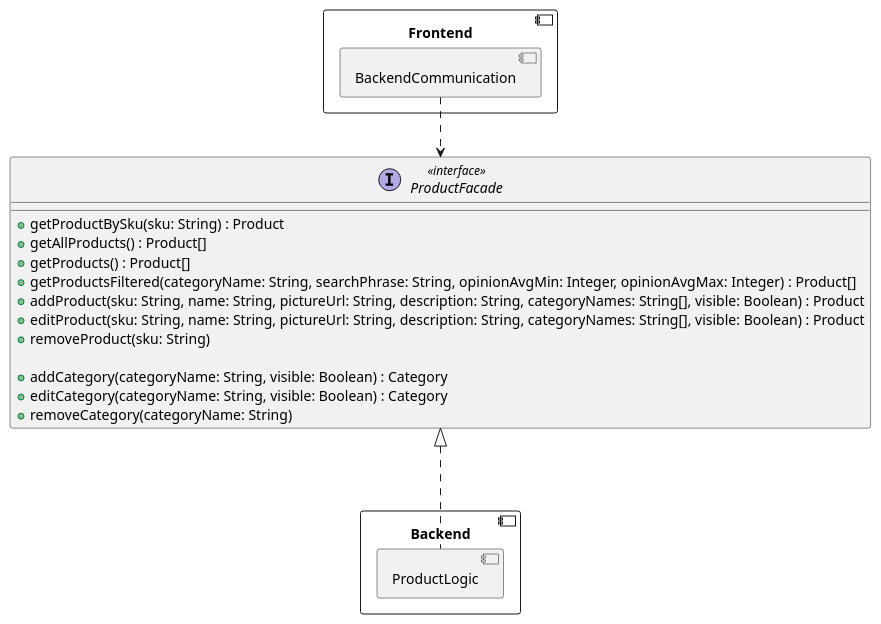
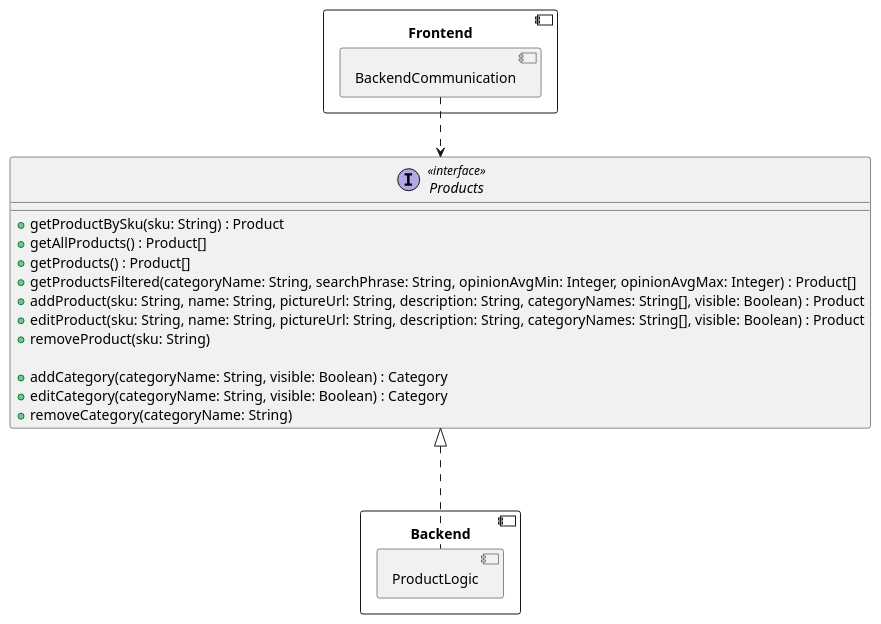
The third of 5 diagrams in frontend/BackendCommunication.md (RadekBucki/OpinionCollectorArchitecture), drawn with PlantUML before and after one commit. The commit also changed other lines of this file and 6 other files, not shown here.

````diff
--- a/frontend/BackendCommunication.md
+++ b/frontend/BackendCommunication.md
@@ -73,31 +73,31 @@
 ```plantuml
 @startuml
 component Frontend {
     component BackendCommunication {
     }
 }
 
 component Backend {
     component ProductLogic {
     }
 }
 
-interface ProductFacade <<interface>> {
+interface Products <<interface>> {
     + getProductBySku(sku: String) : Product
     + getAllProducts() : Product[]
     + getProducts() : Product[]
     + getProductsFiltered(categoryName: String, searchPhrase: String, opinionAvgMin: Integer, opinionAvgMax: Integer) : Product[]
     + addProduct(sku: String, name: String, pictureUrl: String, description: String, categoryNames: String[], visible: Boolean) : Product
     + editProduct(sku: String, name: String, pictureUrl: String, description: String, categoryNames: String[], visible: Boolean) : Product
     + removeProduct(sku: String)
     
     + addCategory(categoryName: String, visible: Boolean) : Category
     + editCategory(categoryName: String, visible: Boolean) : Category
     + removeCategory(categoryName: String)
 }
 
-BackendCommunication ..>   ProductFacade
-ProductFacade        <|... ProductLogic
+BackendCommunication ..>   Products
+Products             <|... ProductLogic
 
 @enduml 
 ```
````
